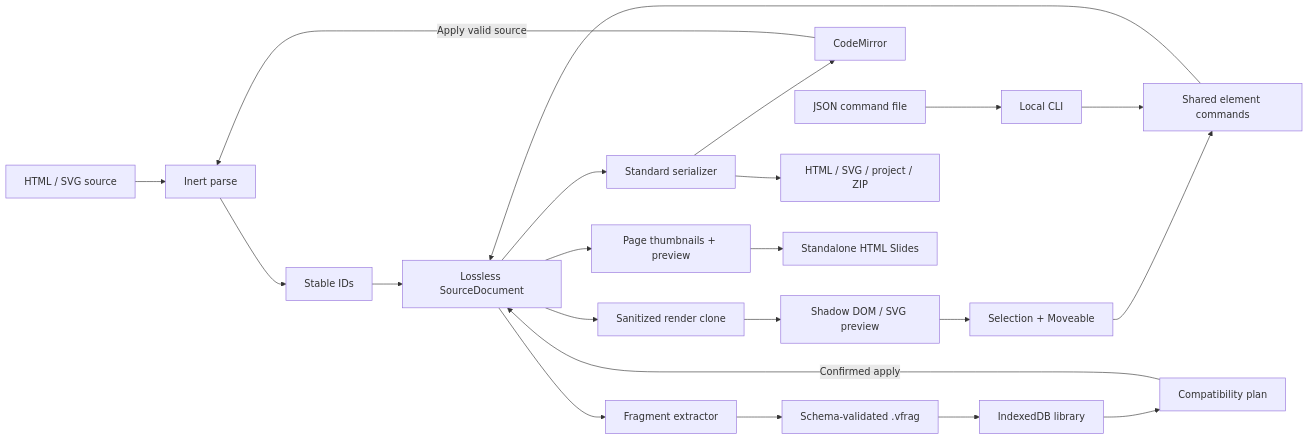
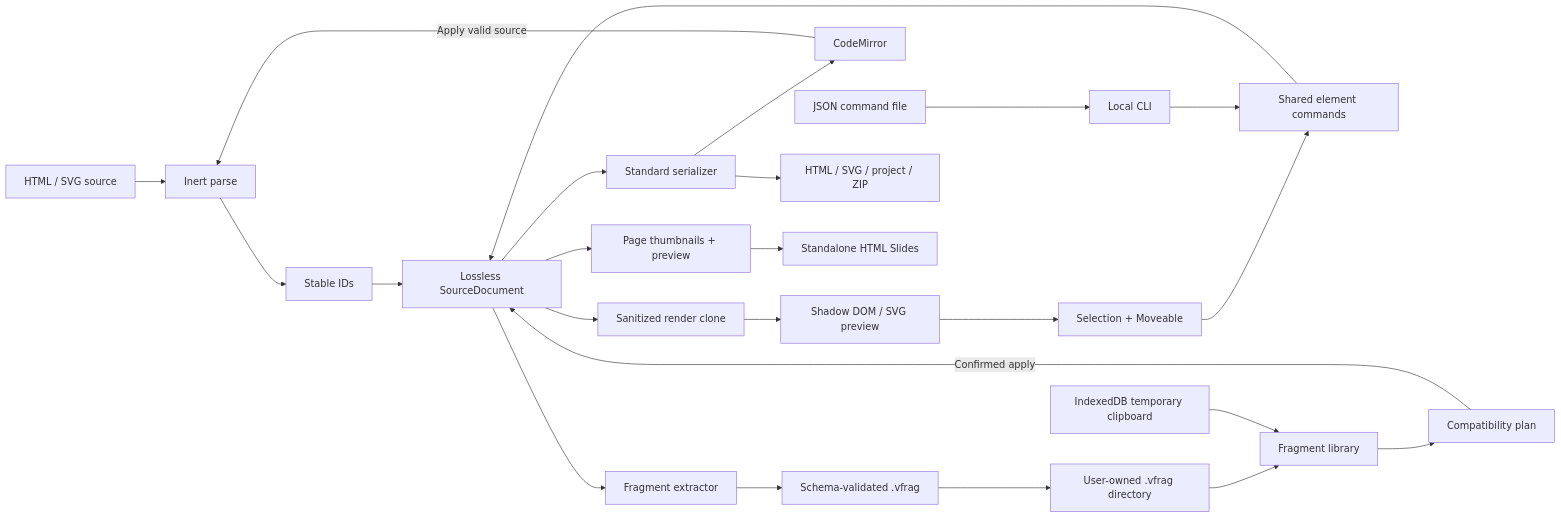
The diagram in docs/ARCHITECTURE.md (YTdou/AfterPrompt), drawn with Mermaid before and after one commit. The commit also changed other lines of this file and 29 other files, not shown here.

````diff
--- a/docs/ARCHITECTURE.md
+++ b/docs/ARCHITECTURE.md
@@ -17,24 +17,26 @@
 ```mermaid
 flowchart LR
   Source[HTML / SVG source] --> Parse[Inert parse]
   Parse --> IDs[Stable IDs]
   IDs --> Model[Lossless SourceDocument]
   Model --> SafeClone[Sanitized render clone]
   SafeClone --> Preview[Shadow DOM / SVG preview]
   Preview --> Interaction[Selection + Moveable]
   Interaction --> Commands[Shared element commands]
   Commands --> Model
   Model --> Serialize[Standard serializer]
   Serialize --> Code[CodeMirror]
   Code -->|Apply valid source| Parse
   JSON[JSON command file] --> CLI[Local CLI]
   CLI --> Commands
   Serialize --> Export[HTML / SVG / project / ZIP]
   Model --> Presentation[Page thumbnails + preview]
   Presentation --> Slides[Standalone HTML Slides]
   Model --> Extract[Fragment extractor]
   Extract --> Package[Schema-validated .vfrag]
-  Package --> Library[IndexedDB library]
+  Package --> Files[User-owned .vfrag directory]
+  Files --> Library[Fragment library]
+  Clipboard[IndexedDB temporary clipboard] --> Library
   Library --> Plan[Compatibility plan]
   Plan -->|Confirmed apply| Model
 ```
````
